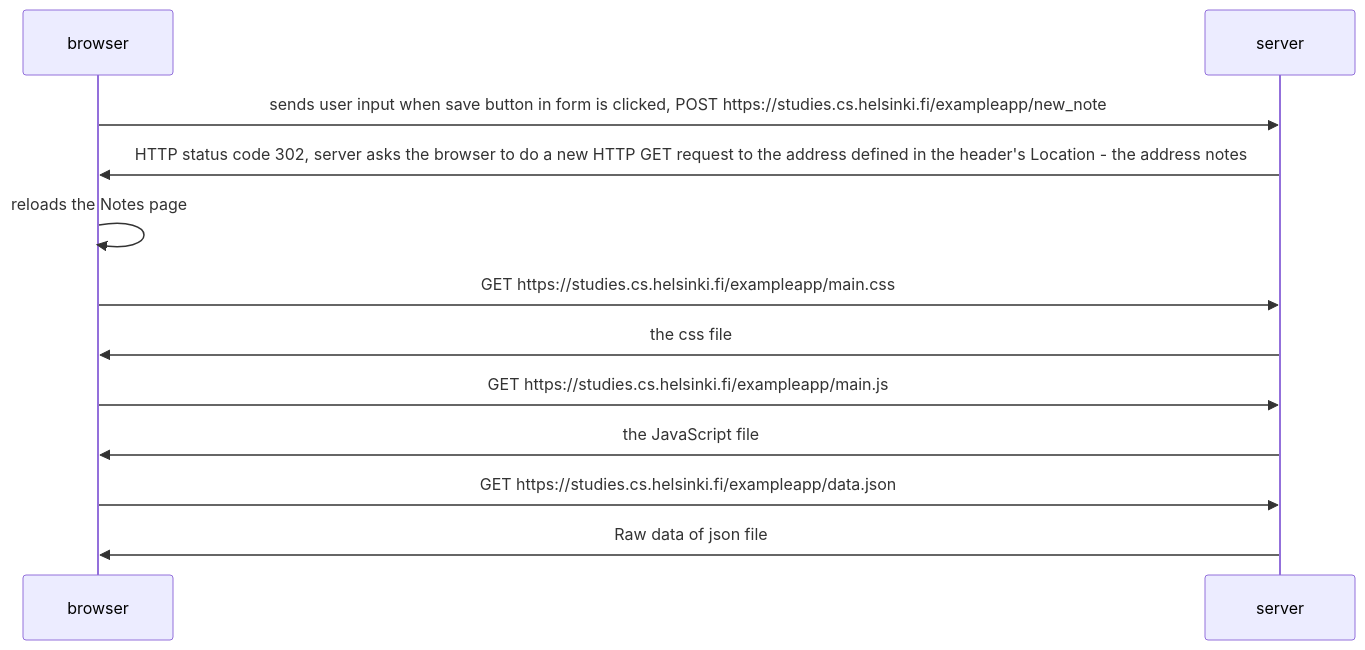
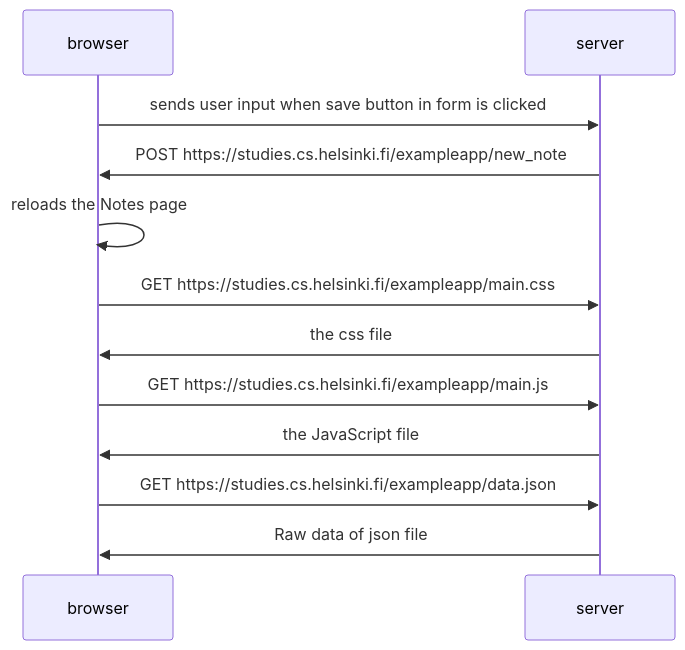
Before and after one commit to ARK2K/fullstackopen: the diagram in part0/new-note-diagram.md, drawn with Mermaid.

````diff
--- a/part0/new-note-diagram.md
+++ b/part0/new-note-diagram.md
@@ -3,14 +3,14 @@
 ```mermaid
 sequenceDiagram
     participant browser
     participant server
-    browser->>server: sends user input when save button in form is clicked, POST https://studies.cs.helsinki.fi/exampleapp/new_note
-    server->>browser: HTTP status code 302, server asks the browser to do a new HTTP GET request to the address defined in the header's Location - the address notes
+    browser->>server: sends user input when save button in form is clicked
+    server->>browser: POST https://studies.cs.helsinki.fi/exampleapp/new_note
     browser->>browser: reloads the Notes page
     browser->>server: GET https://studies.cs.helsinki.fi/exampleapp/main.css
     server->>browser: the css file
     browser->>server: GET https://studies.cs.helsinki.fi/exampleapp/main.js
     server->>browser: the JavaScript file
     browser->>server: GET https://studies.cs.helsinki.fi/exampleapp/data.json
     server->>browser: Raw data of json file
 ```
````
